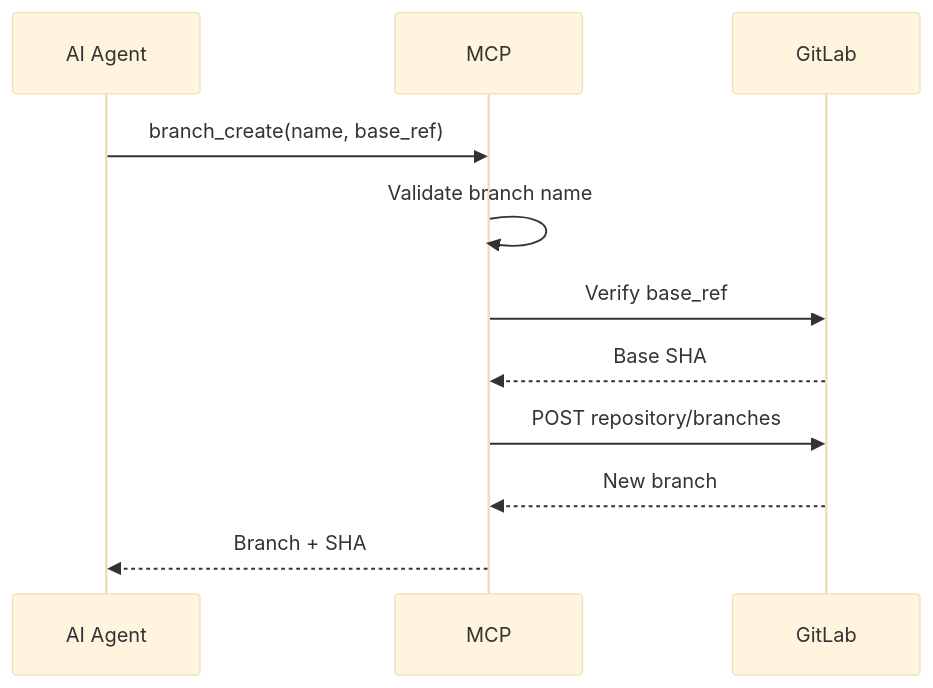
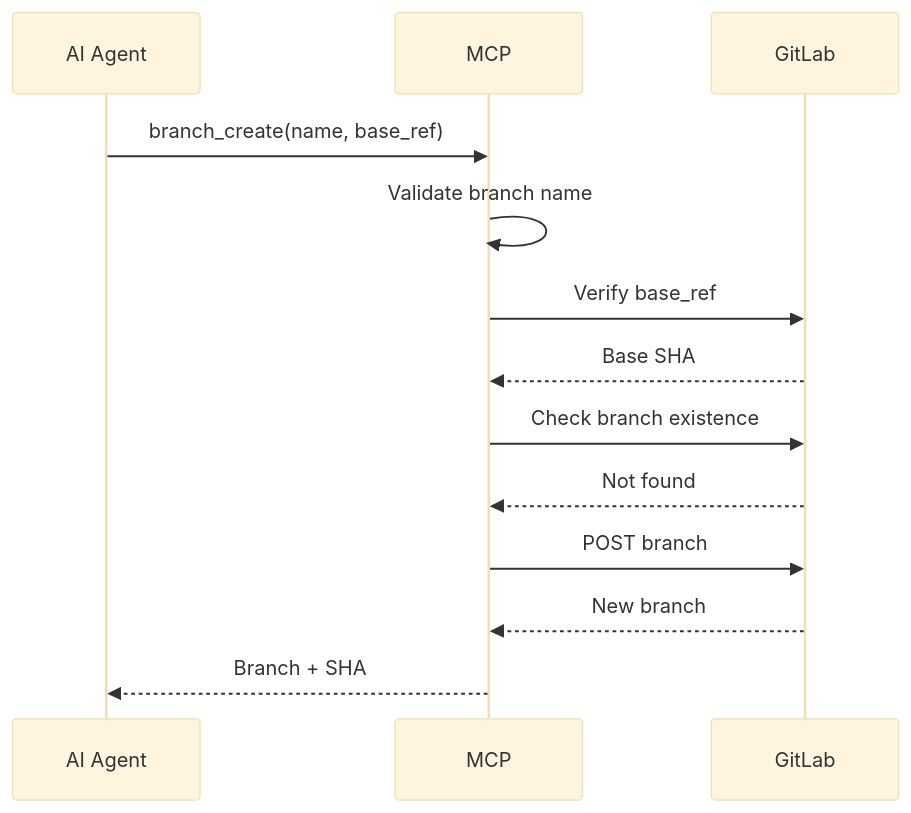
One commit to SkySai1/ArchRepoMCP changed the fifth of 15 diagrams in AGENTS.md. Above: the diagram before and after it, drawn with Mermaid (base theme). The commit also changed other lines of this file, not shown here.

````diff
--- a/AGENTS.md
+++ b/AGENTS.md
@@ -857,14 +1124,16 @@
 ```mermaid
 sequenceDiagram
     participant A as AI Agent
     participant M as MCP
     participant G as GitLab
 
     A->>M: branch_create(name, base_ref)
     M->>M: Validate branch name
     M->>G: Verify base_ref
     G-->>M: Base SHA
-    M->>G: POST repository/branches
+    M->>G: Check branch existence
+    G-->>M: Not found
+    M->>G: POST branch
     G-->>M: New branch
     M-->>A: Branch + SHA
 ```
````
